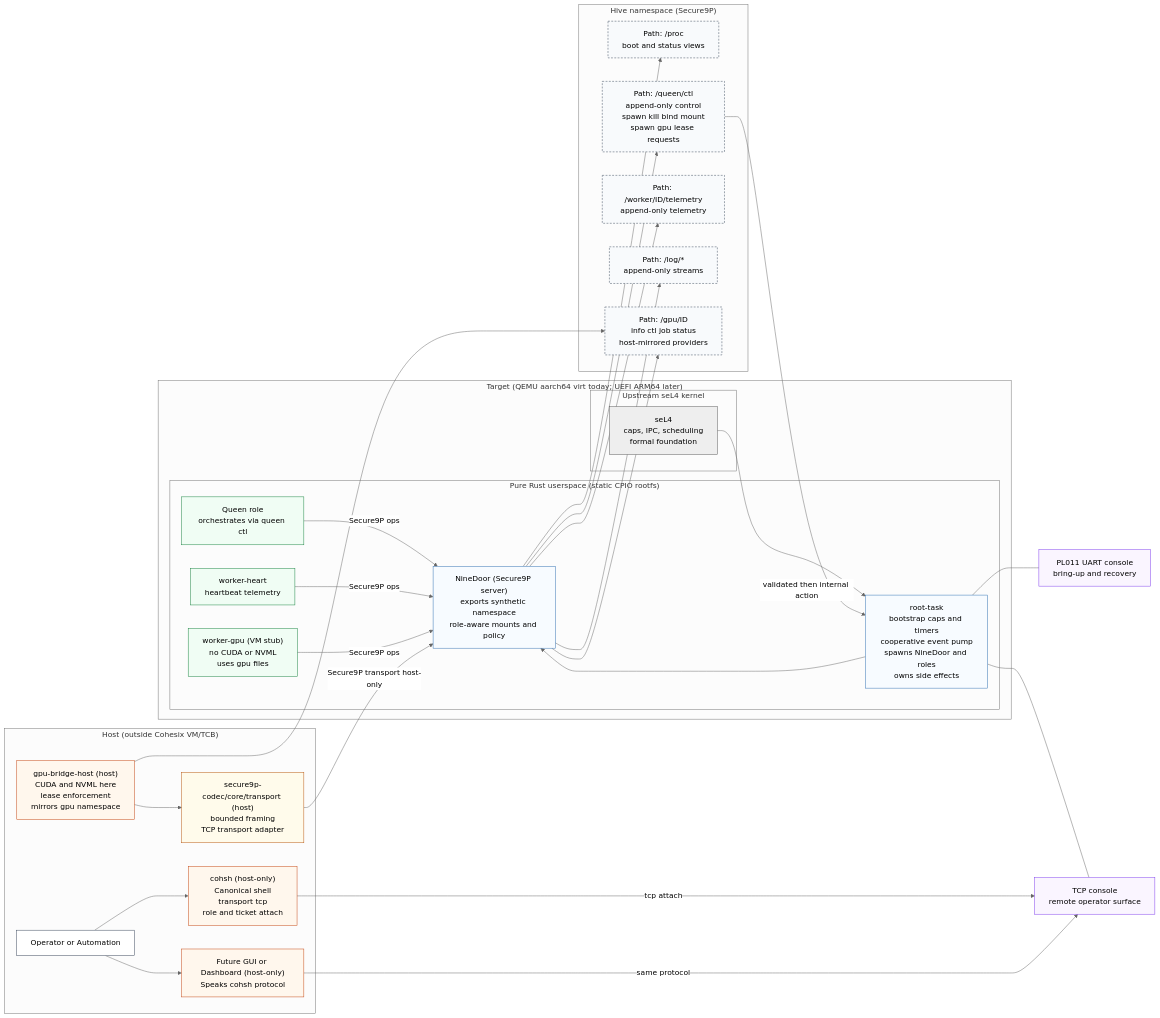
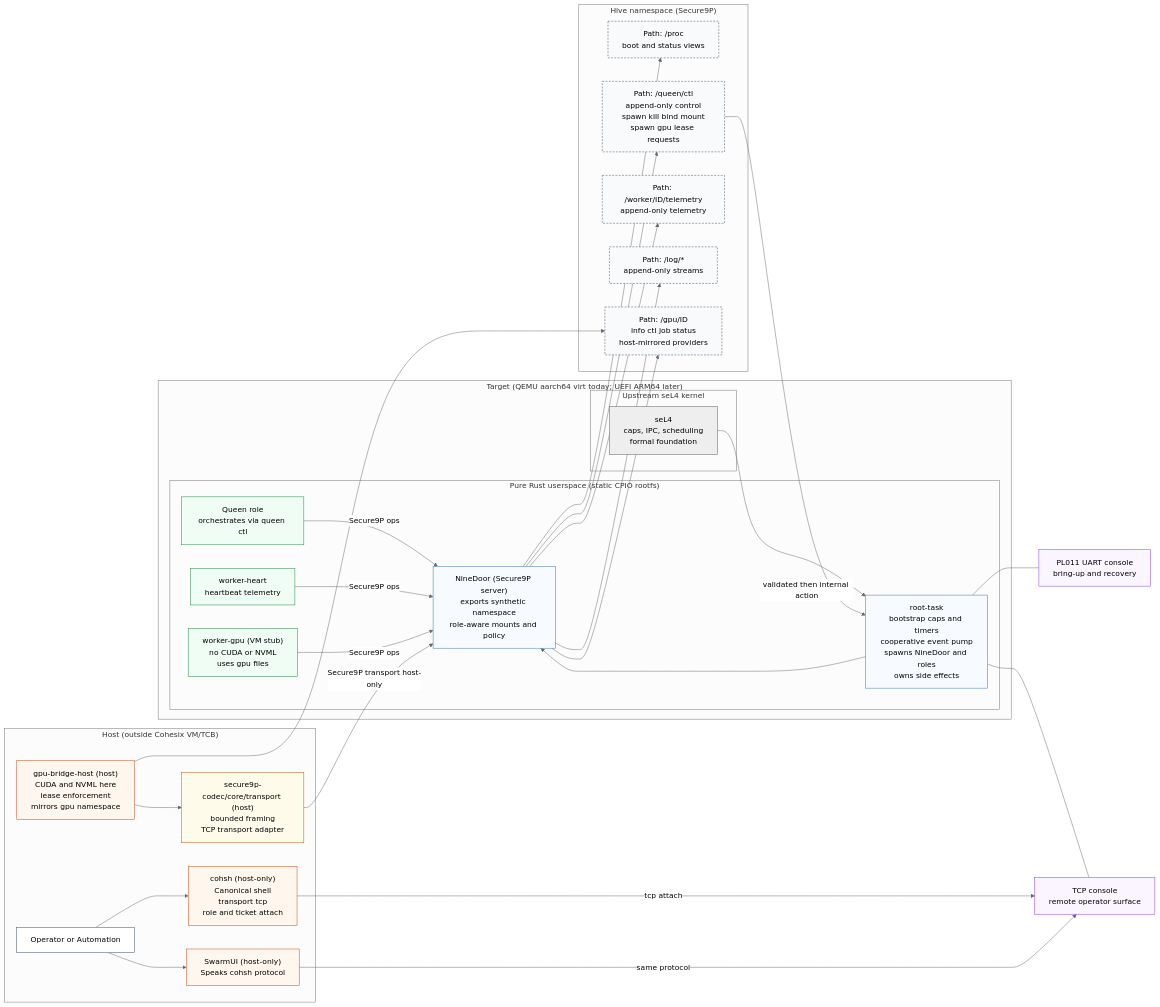
Before and after one commit to lukeb-aidev/cohesix: the diagram in README.md, drawn with Mermaid (neutral theme). The commit also changed other lines of this file and 2 other files, not shown here.

````diff
--- a/README.md
+++ b/README.md
@@ -107,72 +107,72 @@
 ```mermaid
 flowchart LR
 
   subgraph HOST["Host (outside Cohesix VM/TCB)"]
     OP["Operator or Automation"]:::ext
     COHSH["cohsh (host-only)<br/>Canonical shell<br/>transport tcp<br/>role and ticket attach"]:::hosttool
-    GUI["Future GUI or Dashboard (host-only)<br/>Speaks cohsh protocol"]:::hosttool
+    GUI["SwarmUI (host-only)<br/>Speaks cohsh protocol"]:::hosttool
     WIRE["secure9p-codec/core/transport (host)<br/>bounded framing<br/>TCP transport adapter"]:::hostlib
     GPUB["gpu-bridge-host (host)<br/>CUDA and NVML here<br/>lease enforcement<br/>mirrors gpu namespace"]:::hosttool
   end
 
   subgraph TARGET["Target (QEMU aarch64 virt today; UEFI ARM64 later)"]
     subgraph K["Upstream seL4 kernel"]
       SEL4["seL4<br/>caps, IPC, scheduling<br/>formal foundation"]:::kernel
     end
 
     subgraph USER["Pure Rust userspace (static CPIO rootfs)"]
       RT["root-task<br/>bootstrap caps and timers<br/>cooperative event pump<br/>spawns NineDoor and roles<br/>owns side effects"]:::vm
       ND["NineDoor (Secure9P server)<br/>exports synthetic namespace<br/>role-aware mounts and policy"]:::vm
 
       Q["Queen role<br/>orchestrates via queen ctl"]:::role
       WH["worker-heart<br/>heartbeat telemetry"]:::role
       WG["worker-gpu (VM stub)<br/>no CUDA or NVML<br/>uses gpu files"]:::role
     end
   end
 
   UART["PL011 UART console<br/>bring-up and recovery"]:::console
   TCP["TCP console<br/>remote operator surface"]:::console
 
   subgraph NS["Hive namespace (Secure9P)"]
     PROC["Path: /proc<br/>boot and status views"]:::path
     QUEENCTL["Path: /queen/ctl<br/>append-only control<br/>spawn kill bind mount<br/>spawn gpu lease requests"]:::path
     WORKTEL["Path: /worker/ID/telemetry<br/>append-only telemetry"]:::path
     LOGS["Path: /log/*<br/>append-only streams"]:::path
     GPUFS["Path: /gpu/ID<br/>info ctl job status<br/>host-mirrored providers"]:::path
   end
 
   SEL4 --> RT
   RT --> ND
   RT --- UART
   RT --- TCP
 
   OP --> COHSH
   OP --> GUI
   COHSH -->|tcp attach| TCP
   GUI -->|same protocol| TCP
 
   ND --> PROC
   ND --> QUEENCTL
   ND --> WORKTEL
   ND --> LOGS
   ND --> GPUFS
 
   Q -->|Secure9P ops| ND
   WH -->|Secure9P ops| ND
   WG -->|Secure9P ops| ND
 
   QUEENCTL -->|validated then internal action| RT
 
   GPUB --> WIRE
   WIRE -->|Secure9P transport host-only| ND
   GPUB --> GPUFS
 
   classDef kernel fill:#eeeeee,stroke:#555555,stroke-width:1px;
   classDef vm fill:#f7fbff,stroke:#2b6cb0,stroke-width:1px;
   classDef role fill:#f0fdf4,stroke:#15803d,stroke-width:1px;
   classDef console fill:#faf5ff,stroke:#7c3aed,stroke-width:1px;
   classDef path fill:#f8fafc,stroke:#334155,stroke-dasharray: 4 3;
   classDef hosttool fill:#fff7ed,stroke:#c2410c,stroke-width:1px;
   classDef hostlib fill:#fffbeb,stroke:#b45309,stroke-width:1px;
   classDef ext fill:#ffffff,stroke:#334155,stroke-width:1px;
 ```
````
